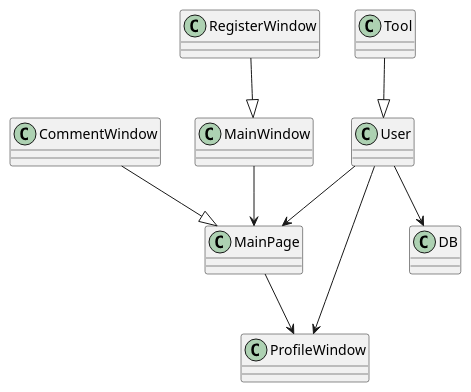
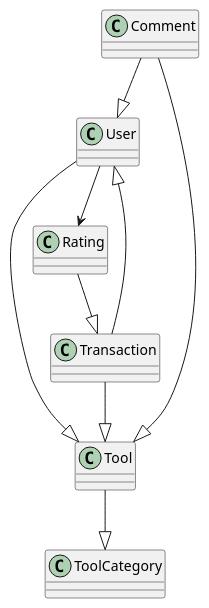
Before and after one commit to samsonitto/itool: the fourth of 5 diagrams in README.md, drawn with PlantUML. The commit also changed other lines of this file, not shown here.

````diff
--- a/README.md
+++ b/README.md
@@ -174,12 +183,12 @@
 ```plantuml
 @startuml
-    CommentWindow --|> MainPage
-    RegisterWindow --|> MainWindow
-    MainWindow --> MainPage
-    MainPage --> ProfileWindow
-    User --> MainPage
-    User --> ProfileWindow
-    Tool --|> User
-    User --> DB
+    User --|> Tool
+    Transaction --|> User
+    Transaction --|> Tool
+    Tool --|> ToolCategory
+    Comment --|> Tool
+    Comment --|> User
+    User --> Rating
+    Rating --|> Transaction
 @enduml
 ```
````
